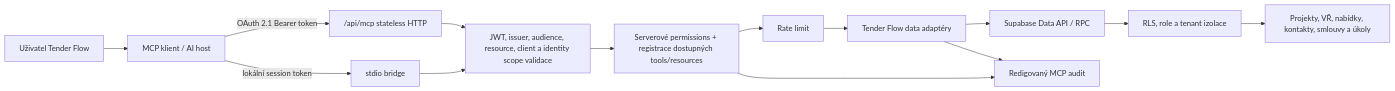
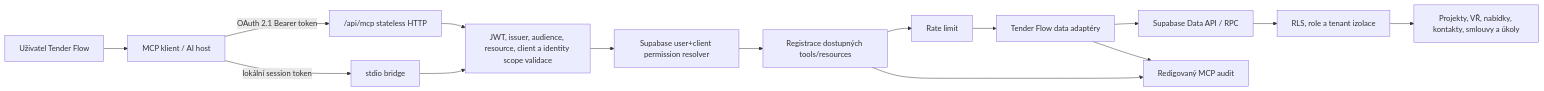
Before and after one commit to Martin82K/Tender-Flow: the diagram in docs/mcp/architecture.md, drawn with Mermaid. The commit also changed other lines of this file and 25 other files, not shown here.

````diff
--- a/docs/mcp/architecture.md
+++ b/docs/mcp/architecture.md
@@ -9,16 +9,17 @@
 ```mermaid
 flowchart LR
   U["Uživatel Tender Flow"] --> C["MCP klient / AI host"]
   C -->|"OAuth 2.1 Bearer token"| H["/api/mcp stateless HTTP"]
   C -->|"lokální session token"| S["stdio bridge"]
   H --> V["JWT, issuer, audience, resource, client a identity scope validace"]
   S --> V
-  V --> P["Serverové permissions + registrace dostupných tools/resources"]
+  V --> G["Supabase user+client permission resolver"]
+  G --> P["Registrace dostupných tools/resources"]
   P --> R["Rate limit"]
   R --> D["Tender Flow data adaptéry"]
   D --> Q["Supabase Data API / RPC"]
   Q --> A["RLS, role a tenant izolace"]
   A --> B["Projekty, VŘ, nabídky, kontakty, smlouvy a úkoly"]
   P --> L["Redigovaný MCP audit"]
   D --> L
 ```
````
